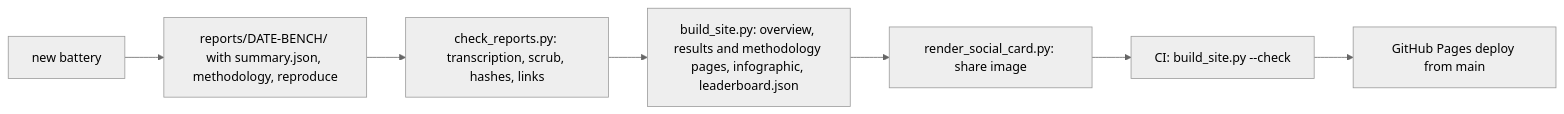
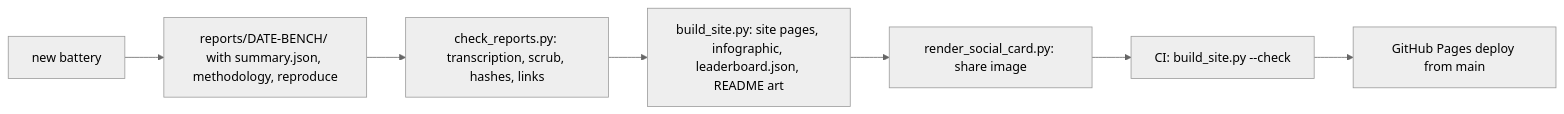
The third of 10 diagrams in README.md (laceyenterprises/searchlight), drawn with Mermaid (neutral theme) before and after one commit. The commit also changed other lines of this file and 72 other files, not shown here.

Commit message:
[claude-code] (docs) README-V2: READMEs in the site design: generated art, drawn diagrams, results with ranges, phone layouts (#69)

````diff
--- a/README.md
+++ b/README.md
@@ -645,9 +596,9 @@
 ```mermaid
 flowchart LR
   N["new battery"] --> R["reports/DATE-BENCH/ with summary.json, methodology, reproduce"]
   R --> C["check_reports.py: transcription, scrub, hashes, links"]
-  C --> B["build_site.py: overview, results and methodology pages, infographic, leaderboard.json"]
+  C --> B["build_site.py: site pages, infographic, leaderboard.json, README art"]
   B --> S["render_social_card.py: share image"]
   S --> K["CI: build_site.py --check"]
   K --> P["GitHub Pages deploy from main"]
 ```
````
